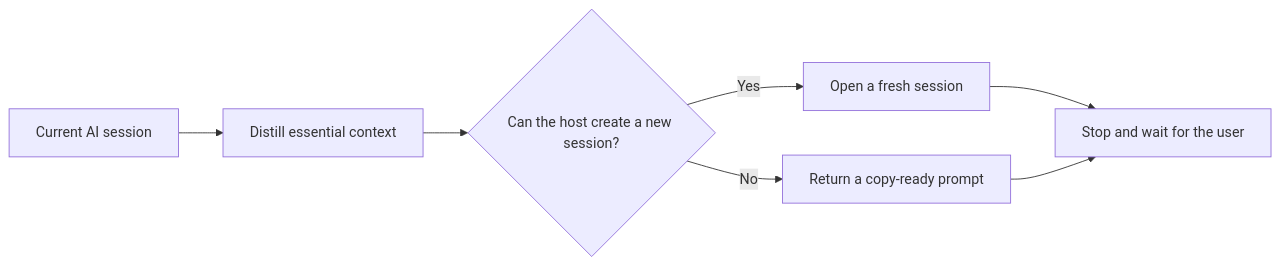
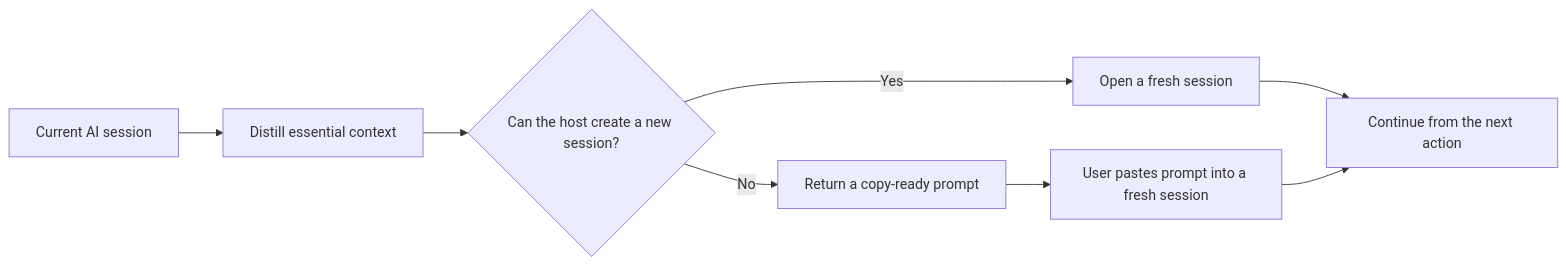
One commit to MarkusBonazzi/take-it-from-here changed the diagram in README.md. Above: the diagram before and after it, drawn with Mermaid. The commit also changed other lines of this file, not shown here.

````diff
--- a/README.md
+++ b/README.md
@@ -41,9 +41,10 @@
 ```mermaid
 flowchart LR
     A["Current AI session"] --> B["Distill essential context"]
     B --> C{"Can the host create a new session?"}
     C -->|Yes| D["Open a fresh session"]
     C -->|No| E["Return a copy-ready prompt"]
-    D --> F["Stop and wait for the user"]
-    E --> F
+    D --> F["Continue from the next action"]
+    E --> G["User pastes prompt into a fresh session"]
+    G --> F
 ```
````
